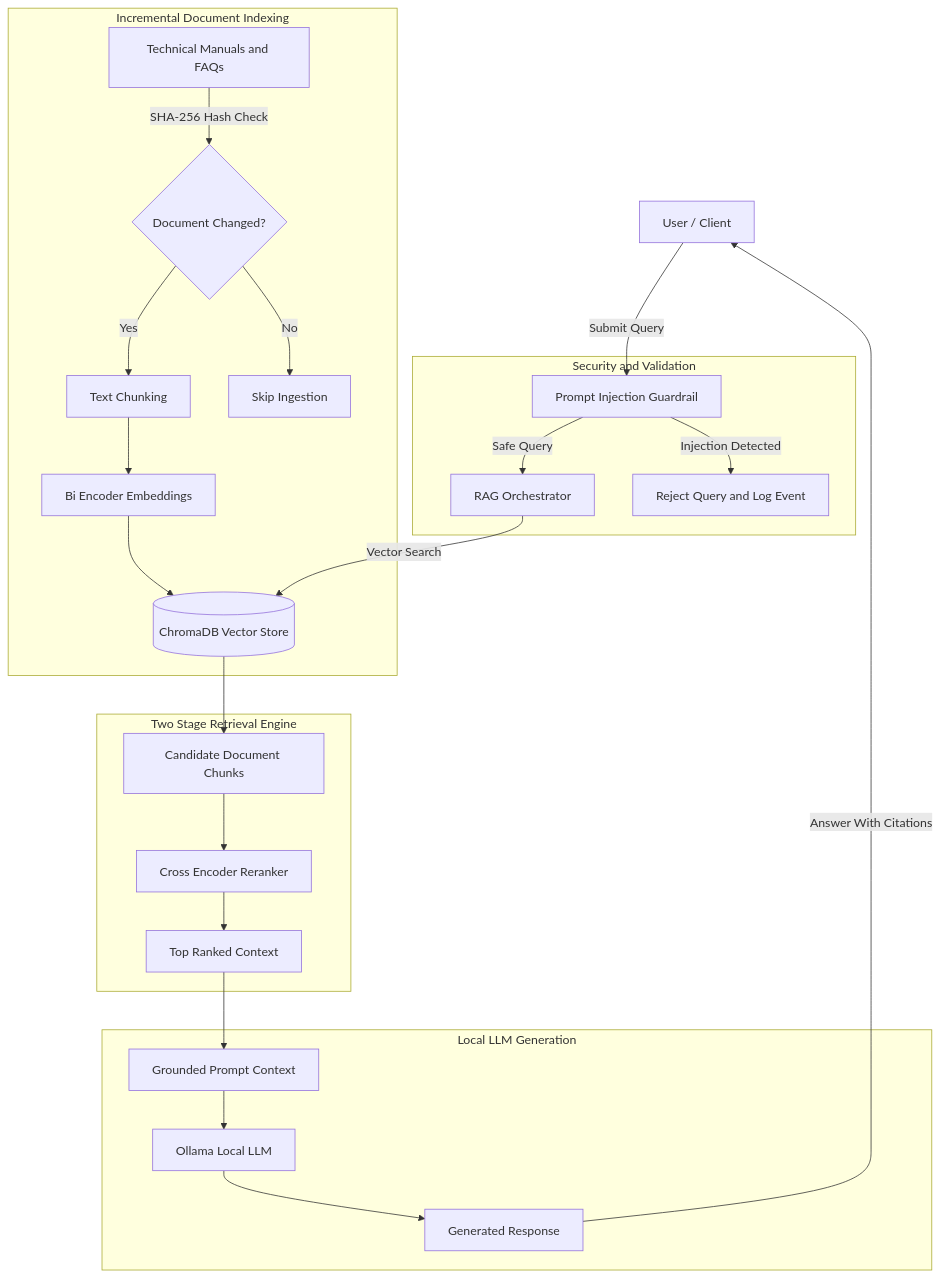
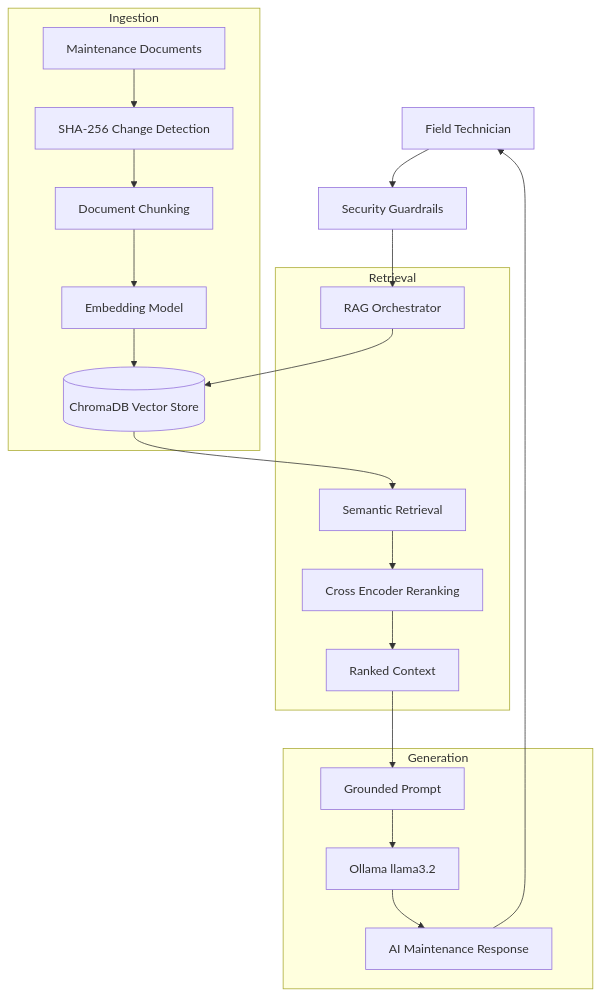
Before and after one commit to zeynepsumeyyedemirel-code/AeroGrid_AI: the diagram in README.md, drawn with Mermaid. The commit also changed other lines of this file, not shown here.

````diff
--- a/README.md
+++ b/README.md
@@ -109,42 +162,49 @@
 ```mermaid
 graph TD
 
-    User[User / Client] -->|Submit Query| Guardrail[Prompt Injection Guardrail]
+User[Field Technician] --> Guardrail[Security Guardrails]
 
-    subgraph Security_Layer [Security and Validation]
-        Guardrail -->|Safe Query| Pipeline[RAG Orchestrator]
-        Guardrail -->|Injection Detected| Block[Reject Query and Log Event]
-    end
+Guardrail --> Pipeline[RAG Orchestrator]
 
-    subgraph Ingestion_Pipeline [Incremental Document Indexing]
-        Docs[Technical Manuals and FAQs] -->|SHA-256 Hash Check| SHA256{Document Changed?}
-        SHA256 -->|Yes| Chunking[Text Chunking]
-        SHA256 -->|No| Skip[Skip Ingestion]
 
-        Chunking --> Embeddings[Bi Encoder Embeddings]
-        Embeddings --> Store[(ChromaDB Vector Store)]
-    end
+subgraph Ingestion
 
-    subgraph Retrieval_Pipeline [Two Stage Retrieval Engine]
+Docs[Maintenance Documents]
 
-        Pipeline -->|Vector Search| Store
-        Store --> Candidates[Candidate Document Chunks]
+Docs --> SHA[SHA-256 Change Detection]
 
-        Candidates --> Reranker[Cross Encoder Reranker]
+SHA --> Chunk[Document Chunking]
 
-        Reranker --> Ranked[Top Ranked Context]
+Chunk --> Embed[Embedding Model]
 
-    end
+Embed --> DB[(ChromaDB Vector Store)]
 
-    subgraph Generation_Layer [Local LLM Generation]
+end
 
-        Ranked --> Context[Grounded Prompt Context]
 
-        Context --> LLM[Ollama Local LLM]
+subgraph Retrieval
 
-        LLM --> Response[Generated Response]
+Pipeline --> DB
 
-    end
+DB --> Retrieve[Semantic Retrieval]
 
-    Response -->|Answer With Citations| User
+Retrieve --> Rerank[Cross Encoder Reranking]
+
+Rerank --> Context[Ranked Context]
+
+end
+
+
+subgraph Generation
+
+Context --> Prompt[Grounded Prompt]
+
+Prompt --> LLM[Ollama llama3.2]
+
+LLM --> Answer[AI Maintenance Response]
+
+end
+
+
+Answer --> User
 ```
````
